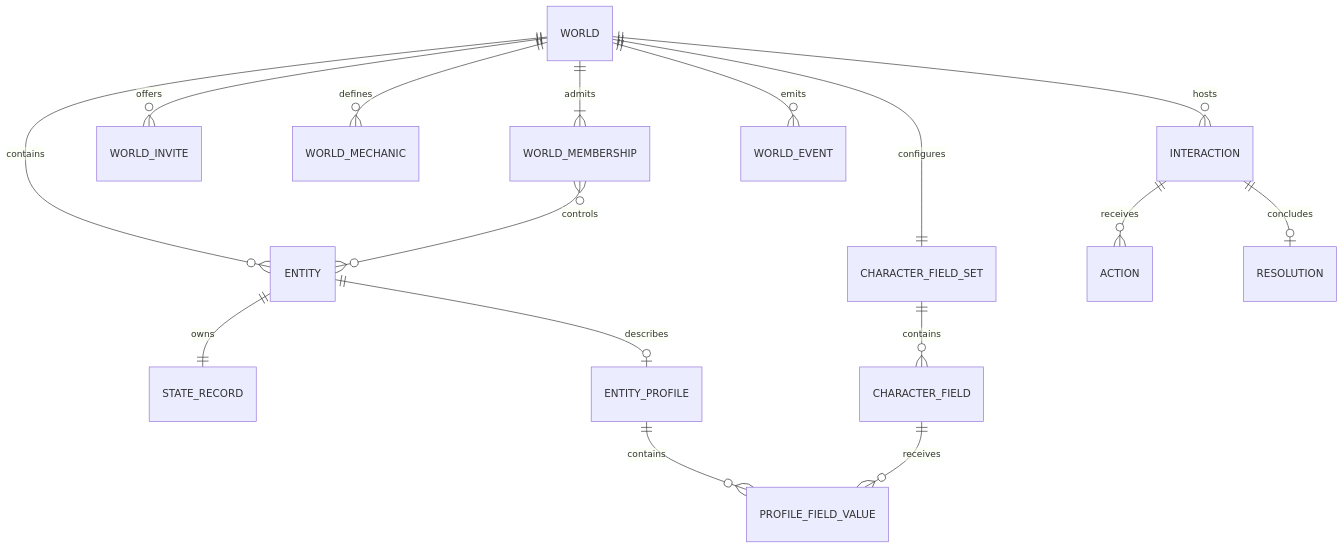
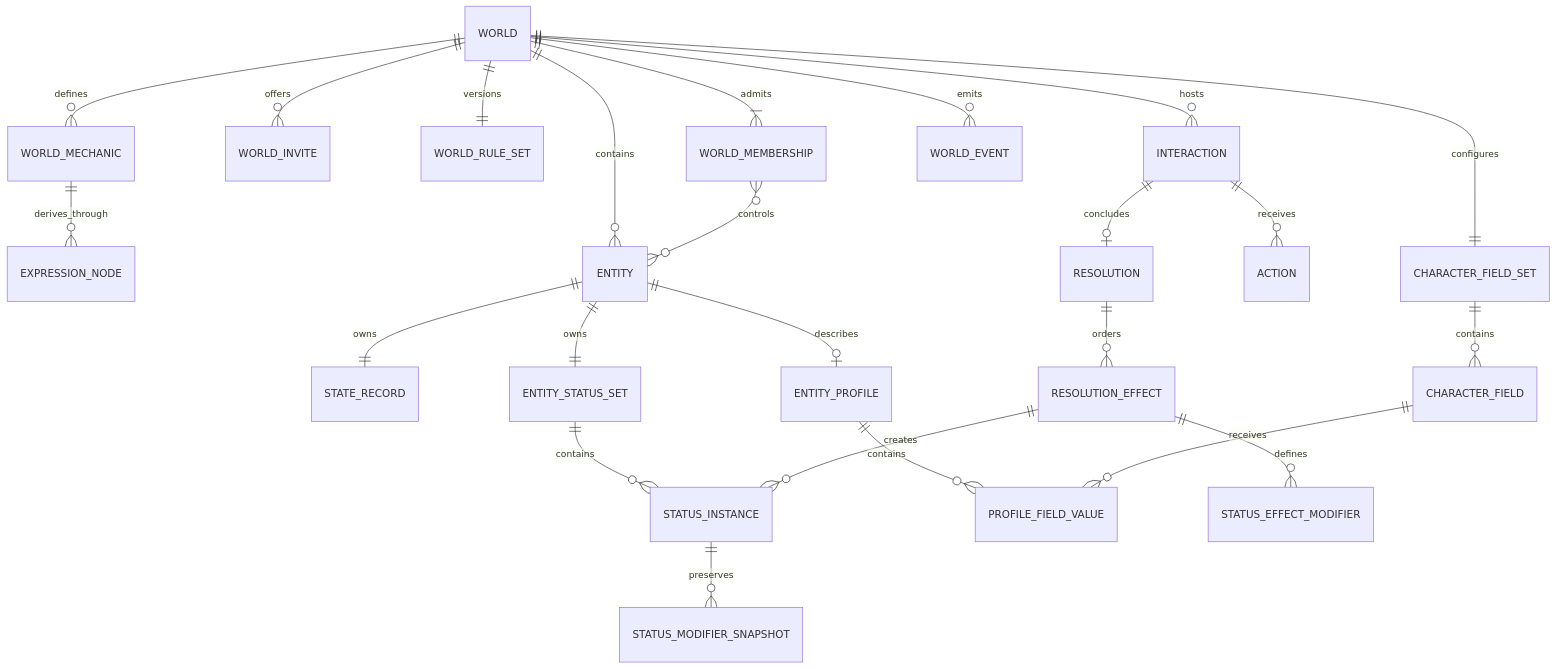
One commit to JTan2231/gezerah changed the first of 2 diagrams in docs/domain-model.md. Above: the diagram before and after it, drawn with Mermaid. The commit also changed other lines of this file and 54 other files, not shown here.

Commit message:
implement typed rule graphs and persistent statuses

````diff
--- a/docs/domain-model.md
+++ b/docs/domain-model.md
@@ -10,18 +10,26 @@
 ```mermaid
 erDiagram
     WORLD ||--|{ WORLD_MEMBERSHIP : admits
     WORLD ||--o{ WORLD_INVITE : offers
+    WORLD ||--|| WORLD_RULE_SET : versions
     WORLD ||--o{ WORLD_MECHANIC : defines
+    WORLD_MECHANIC ||--o{ EXPRESSION_NODE : derives_through
     WORLD ||--o{ ENTITY : contains
     WORLD ||--|| CHARACTER_FIELD_SET : configures
     ENTITY ||--|| STATE_RECORD : owns
+    ENTITY ||--|| ENTITY_STATUS_SET : owns
+    ENTITY_STATUS_SET ||--o{ STATUS_INSTANCE : contains
+    STATUS_INSTANCE ||--o{ STATUS_MODIFIER_SNAPSHOT : preserves
     ENTITY ||--o| ENTITY_PROFILE : describes
     ENTITY_PROFILE ||--o{ PROFILE_FIELD_VALUE : contains
     CHARACTER_FIELD_SET ||--o{ CHARACTER_FIELD : contains
     CHARACTER_FIELD ||--o{ PROFILE_FIELD_VALUE : receives
     WORLD_MEMBERSHIP }o--o{ ENTITY : controls
     WORLD ||--o{ INTERACTION : hosts
     INTERACTION ||--o{ ACTION : receives
     INTERACTION ||--o| RESOLUTION : concludes
+    RESOLUTION ||--o{ RESOLUTION_EFFECT : orders
+    RESOLUTION_EFFECT ||--o{ STATUS_EFFECT_MODIFIER : defines
+    RESOLUTION_EFFECT ||--o{ STATUS_INSTANCE : creates
     WORLD ||--o{ WORLD_EVENT : emits
 ```
````
